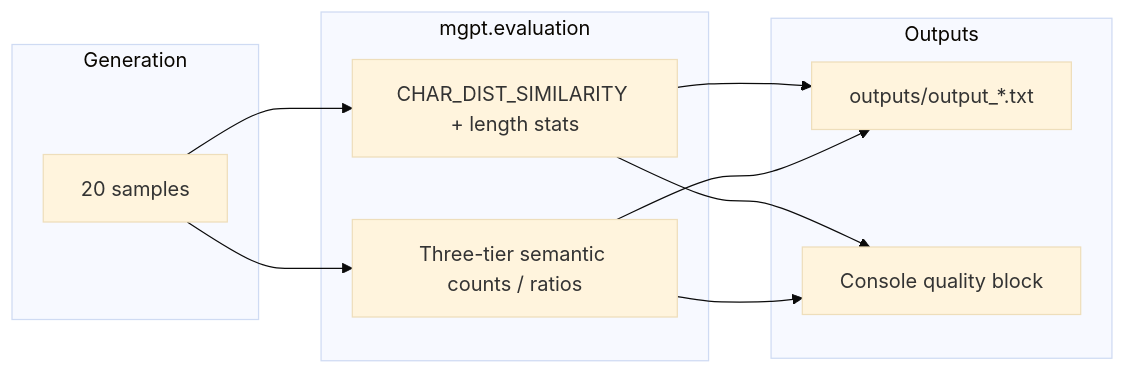
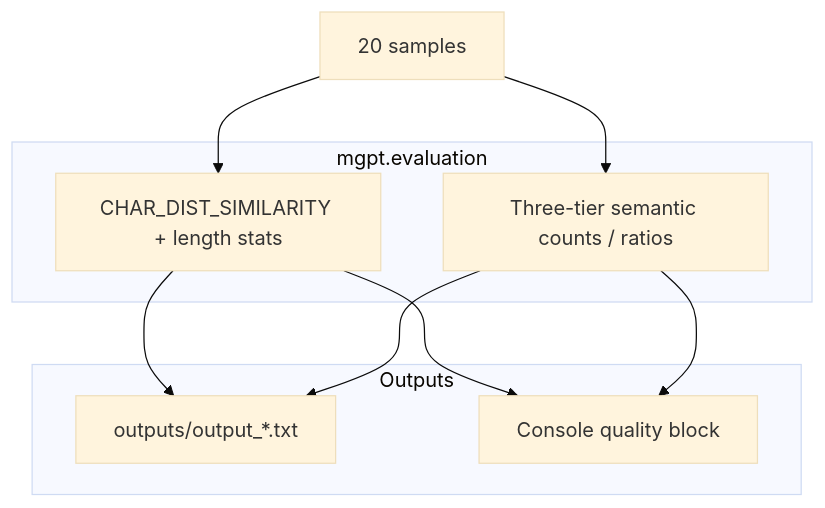
Before and after one commit to neomatrix369/microgpt-experiments: the second of 2 diagrams in README.md, drawn with Mermaid (base theme). The commit also changed other lines of this file and 1 other file, not shown here.

Commit message:
docs: stack wide Mermaid flowcharts and add IDE preview notes
Use top-down layout for multi-column diagrams. Add brief notes for GitHub,
VS Code preview/syntax extensions, and JetBrains Markdown support.

````diff
--- a/README.md
+++ b/README.md
@@ -239,20 +241,18 @@
 ```mermaid
-flowchart LR
-  subgraph gen [Generation]
-    S[20 samples]
-  end
+flowchart TB
+  S[20 samples]
   subgraph metrics [mgpt.evaluation]
     C[CHAR_DIST_SIMILARITY + length stats]
     T[Three-tier semantic counts / ratios]
   end
   subgraph out [Outputs]
     TXT[outputs/output_*.txt]
     CON[Console quality block]
   end
   S --> C
   S --> T
   C --> TXT
   T --> TXT
   C --> CON
   T --> CON
 ```
````
